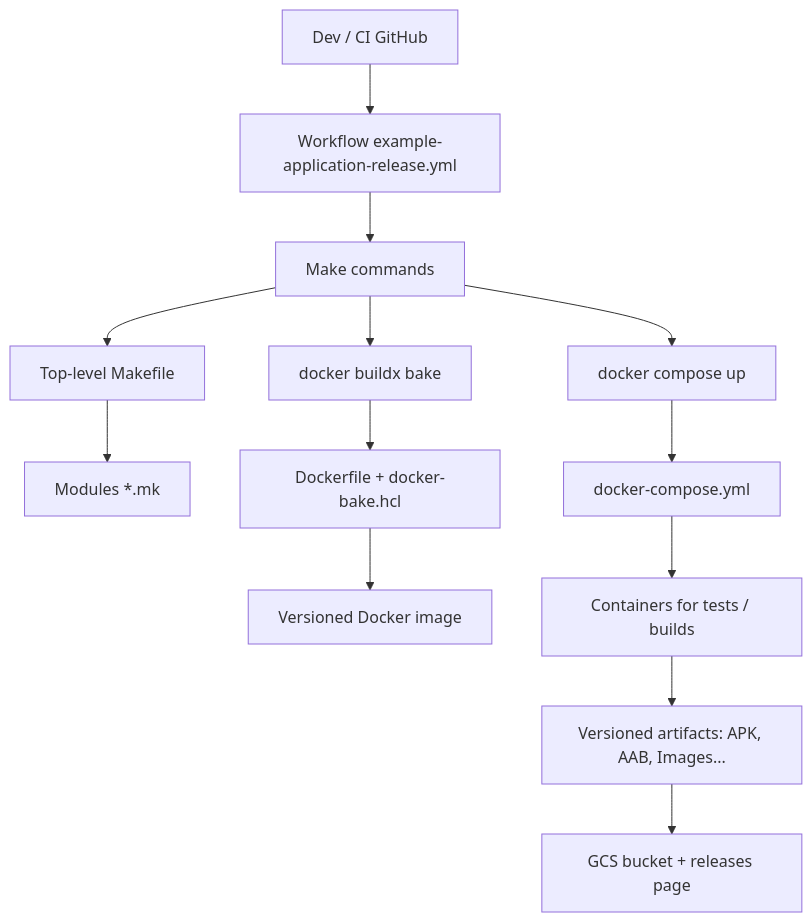
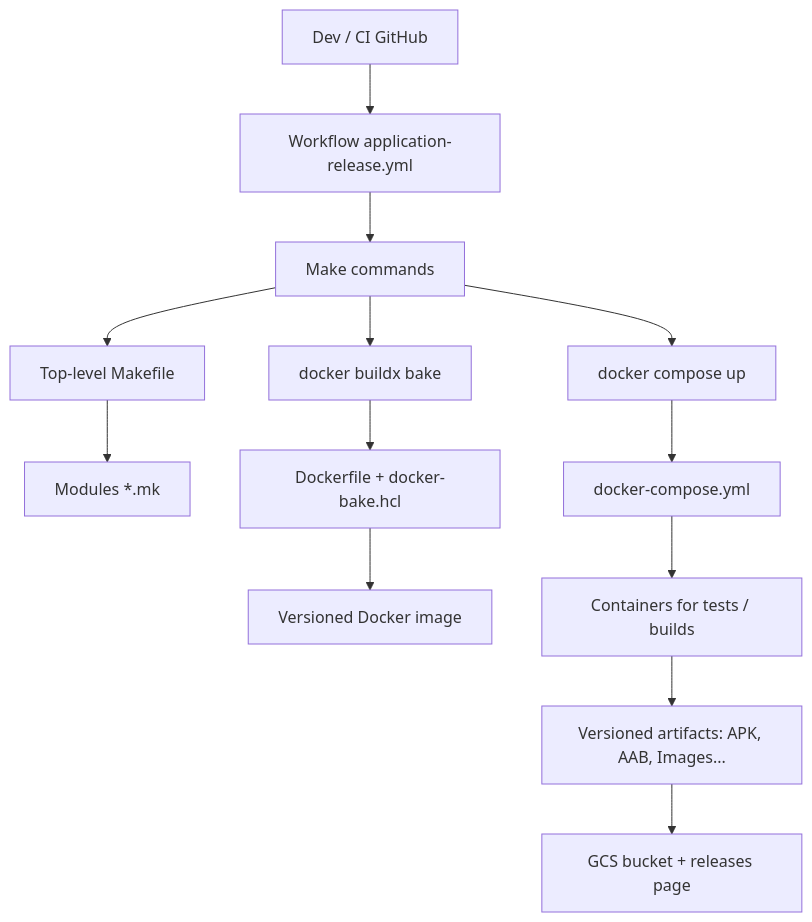
The diagram in README.md (vegito-app/example-application), drawn with Mermaid before and after one commit. The commit also changed other lines of this file and 437 other files, not shown here.

````diff
--- a/README.md
+++ b/README.md
@@ -166,15 +297,15 @@
 ```mermaid
 graph TD
-  A[Dev / CI GitHub] --> B[Workflow example-application-release.yml]
+  A[Dev / CI GitHub] --> B[Workflow application-release.yml]
   B --> C[Make commands]
   C --> D[Top-level Makefile]
   D --> E[Modules *.mk]
   C --> F[docker buildx bake]
   C --> G[docker compose up]
   F --> H[Dockerfile + docker-bake.hcl]
   G --> I[docker-compose.yml]
   H --> J[Versioned Docker image]
   I --> K[Containers for tests / builds]
   K --> L[Versioned artifacts: APK, AAB, Images...]
   L --> M[GCS bucket + releases page]
 ```
````
